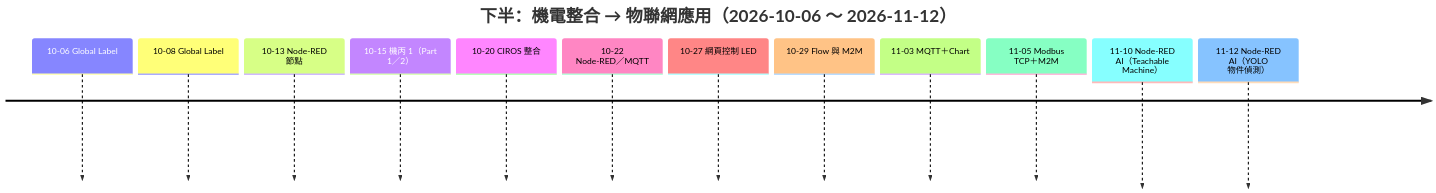
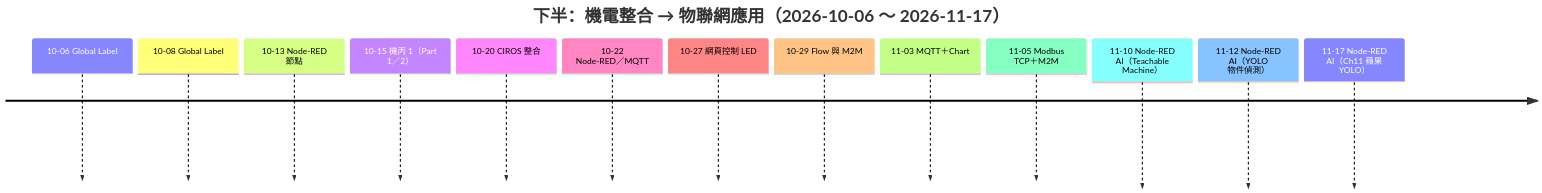
One commit to yd7148/INDUSTRY-4.0 changed the fifth of 6 diagrams in README.md. Above: the diagram before and after it, drawn with Mermaid. The commit also changed other lines of this file and 2 other files, not shown here.

Commit message:
Sync docs for Class-25 (25 classes, 26 videos, timeline legend)

````diff
--- a/README.md
+++ b/README.md
@@ -222,16 +226,17 @@
 ```mermaid
 timeline
-    title 下半：機電整合 → 物聯網應用（2026-10-06 ～ 2026-11-12）
+    title 下半：機電整合 → 物聯網應用（2026-10-06 ～ 2026-11-17）
     10-06 Global Label
     10-08 Global Label
     10-13 Node-RED 節點
     10-15 機丙 1（Part 1／2）
     10-20 CIROS 整合
     10-22 Node-RED／MQTT
     10-27 網頁控制 LED
     10-29 Flow 與 M2M
     11-03 MQTT＋Chart
     11-05 Modbus TCP＋M2M
     11-10 Node-RED AI（Teachable Machine）
     11-12 Node-RED AI（YOLO 物件偵測）
+    11-17 Node-RED AI（Ch11 蘋果 YOLO）
 ```
````
